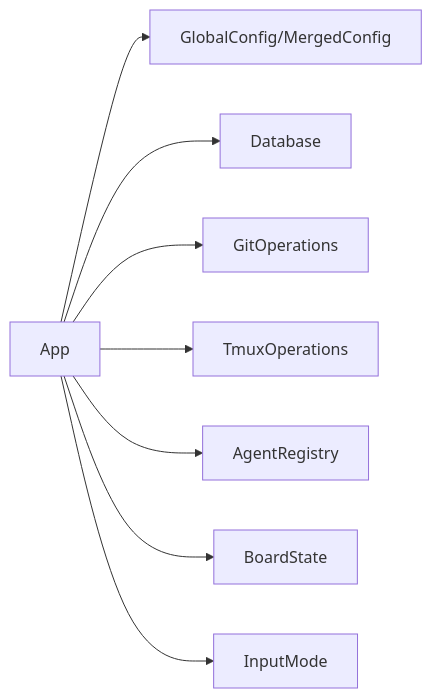
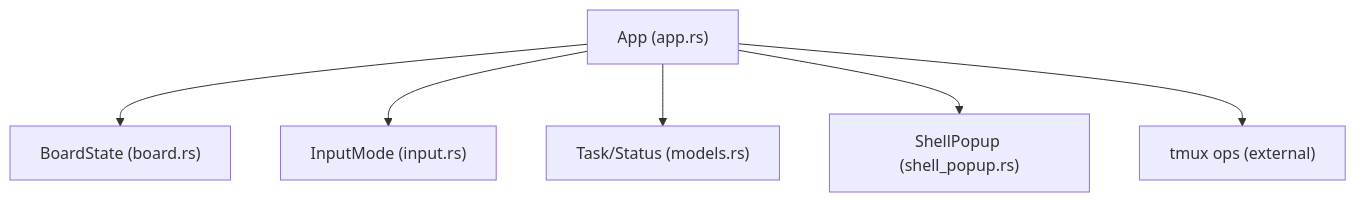
The fifth of 5 diagrams in .qoder/repowiki/en/content/User Interface Guide/User Interface Guide.md (bramburn/agtx), drawn with Mermaid before and after one commit. The commit also changed other lines of this file and 140 other files, not shown here.

First line of the commit message:
fix(tui): add F2 footer navigation support to shell popup

````diff
--- a/.qoder/repowiki/en/content/User Interface Guide/User Interface Guide.md
+++ b/.qoder/repowiki/en/content/User Interface Guide/User Interface Guide.md
@@ -332,10 +254,8 @@
 ```mermaid
-graph LR
-App["App"] --> Config["GlobalConfig/MergedConfig"]
-App --> DB["Database"]
-App --> Git["GitOperations"]
-App --> TmuxOps["TmuxOperations"]
-App --> AgentReg["AgentRegistry"]
-App --> Board["BoardState"]
-App --> Input["InputMode"]
+graph TB
+App["App (app.rs)"] --> Board["BoardState (board.rs)"]
+App --> Input["InputMode (input.rs)"]
+App --> Models["Task/Status (models.rs)"]
+App --> Shell["ShellPopup (shell_popup.rs)"]
+App --> Tmux["tmux ops (external)"]
 ```
````
